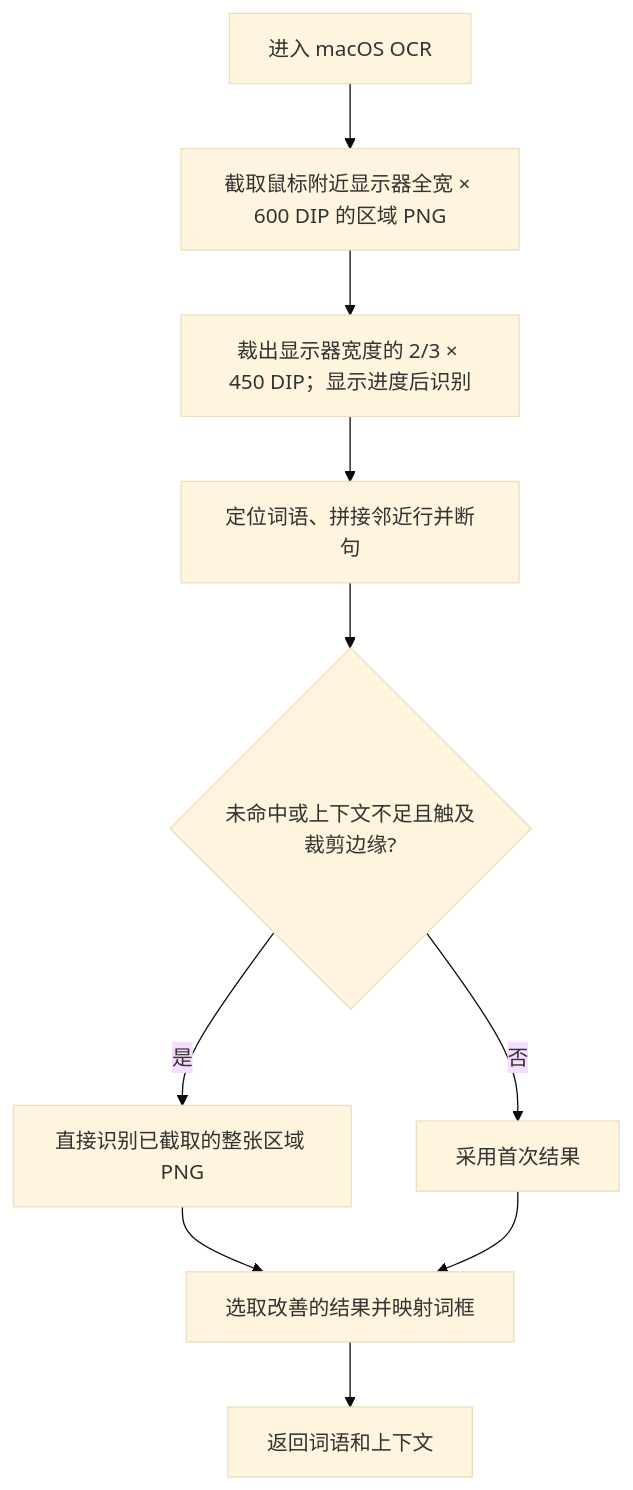
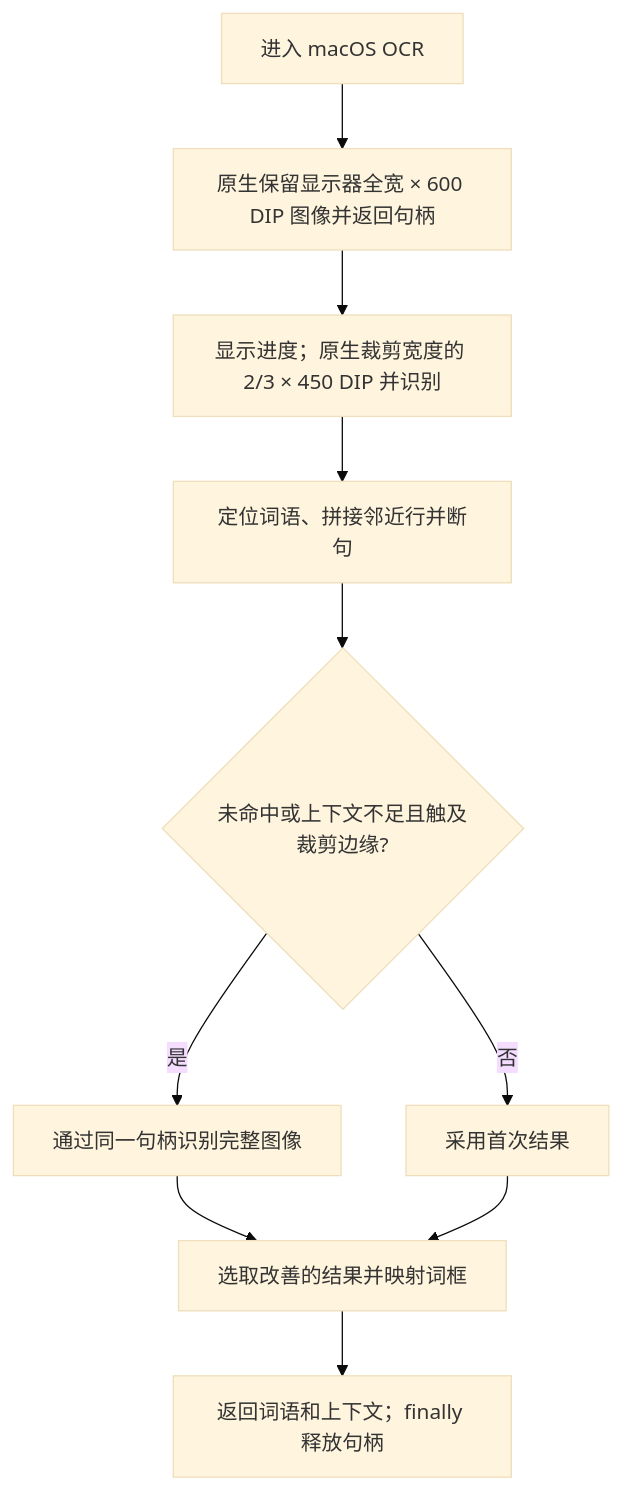
One commit to manxingxing/Dictol changed the fourth of 7 diagrams in docs/hover-and-screenshot-translation-flows.md. Above: the diagram before and after it, drawn with Mermaid (base theme). The commit also changed other lines of this file and 54 other files, not shown here.

````diff
--- a/docs/hover-and-screenshot-translation-flows.md
+++ b/docs/hover-and-screenshot-translation-flows.md
@@ -54,12 +56,12 @@
 ```mermaid
 flowchart TD
-    A[进入 macOS OCR] --> B[截取鼠标附近显示器全宽 × 600 DIP 的区域 PNG]
-    B --> C[裁出显示器宽度的 2/3 × 450 DIP；显示进度后识别]
+    A[进入 macOS OCR] --> B[原生保留显示器全宽 × 600 DIP 图像并返回句柄]
+    B --> C[显示进度；原生裁剪宽度的 2/3 × 450 DIP 并识别]
     C --> D[定位词语、拼接邻近行并断句]
     D --> E{未命中或上下文不足且触及裁剪边缘?}
-    E -->|是| F[直接识别已截取的整张区域 PNG]
+    E -->|是| F[通过同一句柄识别完整图像]
     E -->|否| G[采用首次结果]
     F --> H[选取改善的结果并映射词框]
     G --> H
-    H --> I[返回词语和上下文]
+    H --> I[返回词语和上下文；finally 释放句柄]
 ```
````
